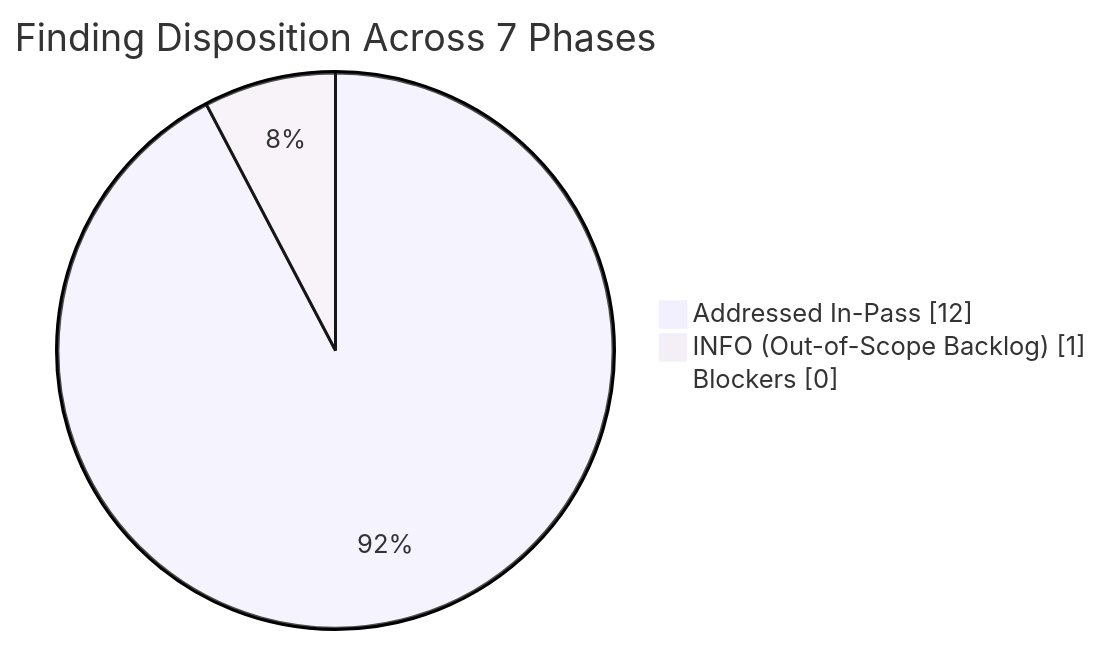
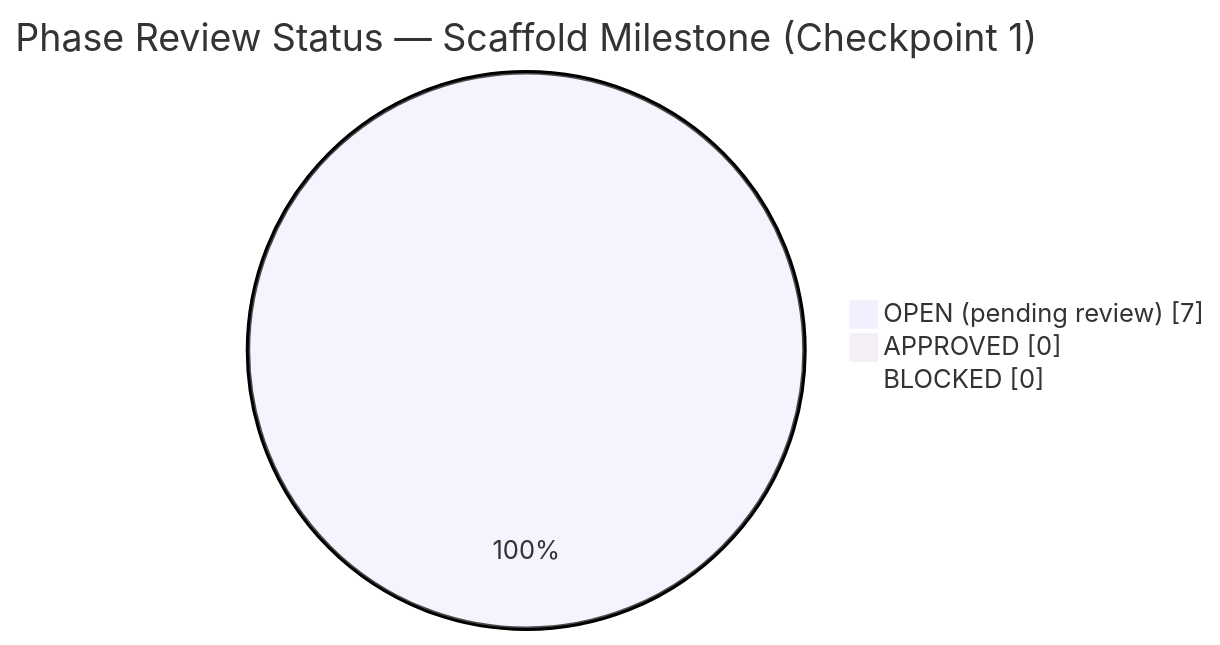
Before and after one commit to Blitzy-Sandbox/blitzy-odoo: the third of 3 diagrams in CODE_REVIEW.md, drawn with Mermaid. The commit also changed other lines of this file and 1 other file, not shown here.

````diff
--- a/CODE_REVIEW.md
+++ b/CODE_REVIEW.md
@@ -586,7 +597,7 @@
 ```mermaid
 %%{init: {'theme':'base','themeVariables':{'primaryColor':'#F2F0FE','primaryTextColor':'#333333','primaryBorderColor':'#5B39F3','lineColor':'#999999','secondaryColor':'#F4EFF6'}}}%%
-pie showData title Finding Disposition Across 7 Phases
-    "Addressed In-Pass" : 12
-    "INFO (Out-of-Scope Backlog)" : 1
-    "Blockers" : 0
+pie showData title Phase Review Status — Scaffold Milestone (Checkpoint 1)
+    "OPEN (pending review)" : 7
+    "APPROVED" : 0
+    "BLOCKED" : 0
 ```
````
